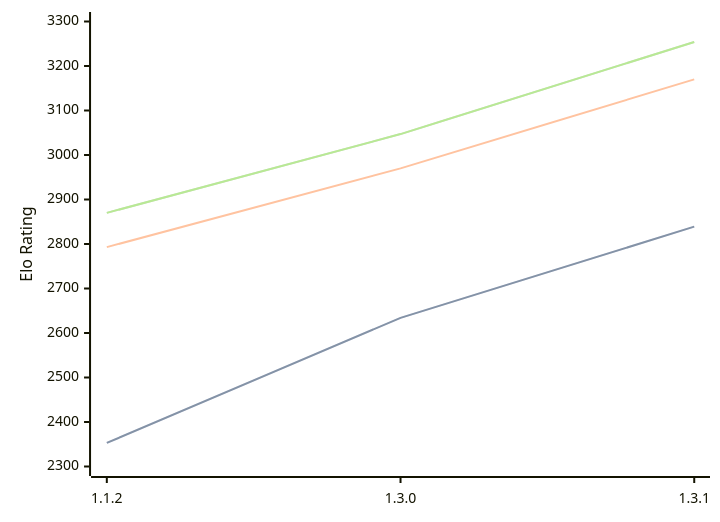
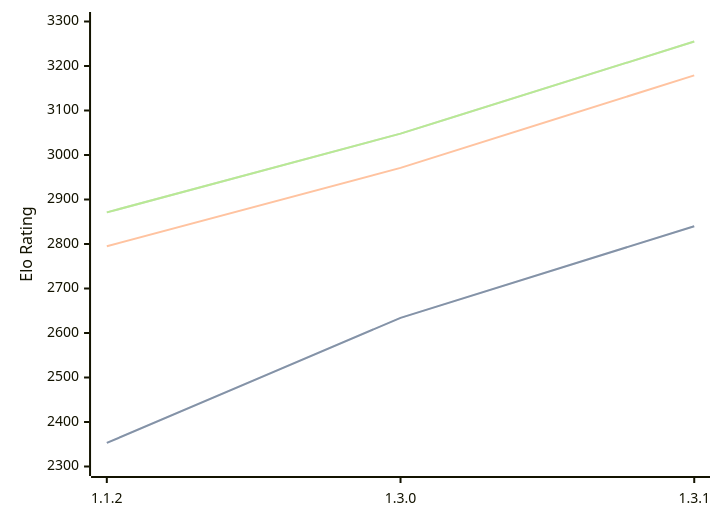
One commit to computer-chess-index/cci changed the diagram in engines/Ember.md. Above: the diagram before and after it, drawn with Mermaid. The commit also changed other lines of this file, not shown here.

Commit message:
Update CCI Ratings (ELO VLTC) - 2026-10-08

````diff
--- a/engines/Ember.md
+++ b/engines/Ember.md
@@ -42,11 +42,11 @@
 ```mermaid
 %%{init: {"theme":"base","themeVariables":{"seriesColors:['#a3a3a3','#222221','#faa371']}}}%%
 xychart-beta
   x-axis ["1.1.2", "1.3.0", "1.3.1"]
   y-axis "Elo Rating" 2300 --> 3300
-  line "" [2353, 2634, 2839]
-  line "STC (8.0+0.08s)" [2353, 2634, 2839]
-  line "LTC (60.0+0.60s)" [2793, 2970, 3170]
-  line "" [2870, 3047, 3254]
-  line "VLTC (2m24s+1.12s)" [2870, 3047, 3254]
+  line "" [2353, 2634, 2840]
+  line "STC (8.0+0.08s)" [2353, 2634, 2840]
+  line "LTC (60.0+0.60s)" [2795, 2971, 3179]
+  line "" [2871, 3048, 3255]
+  line "VLTC (2m24s+1.12s)" [2871, 3048, 3255]
 ```
````
